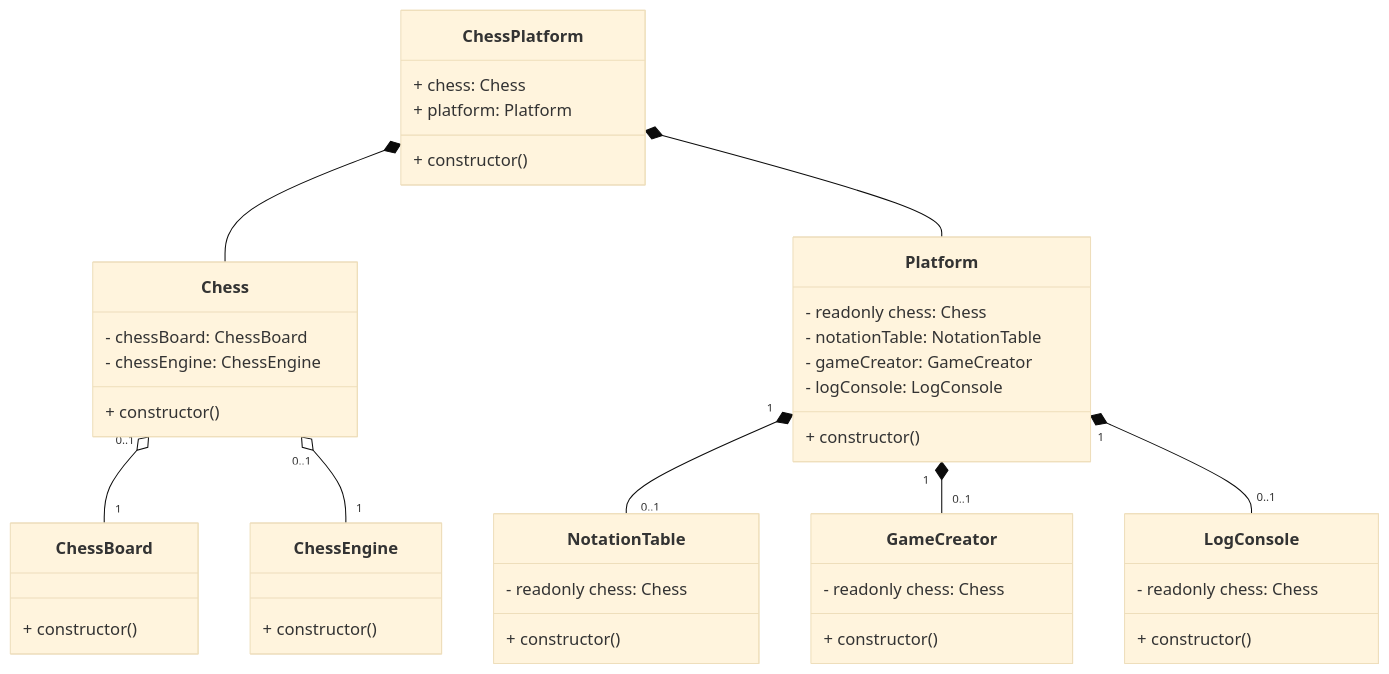
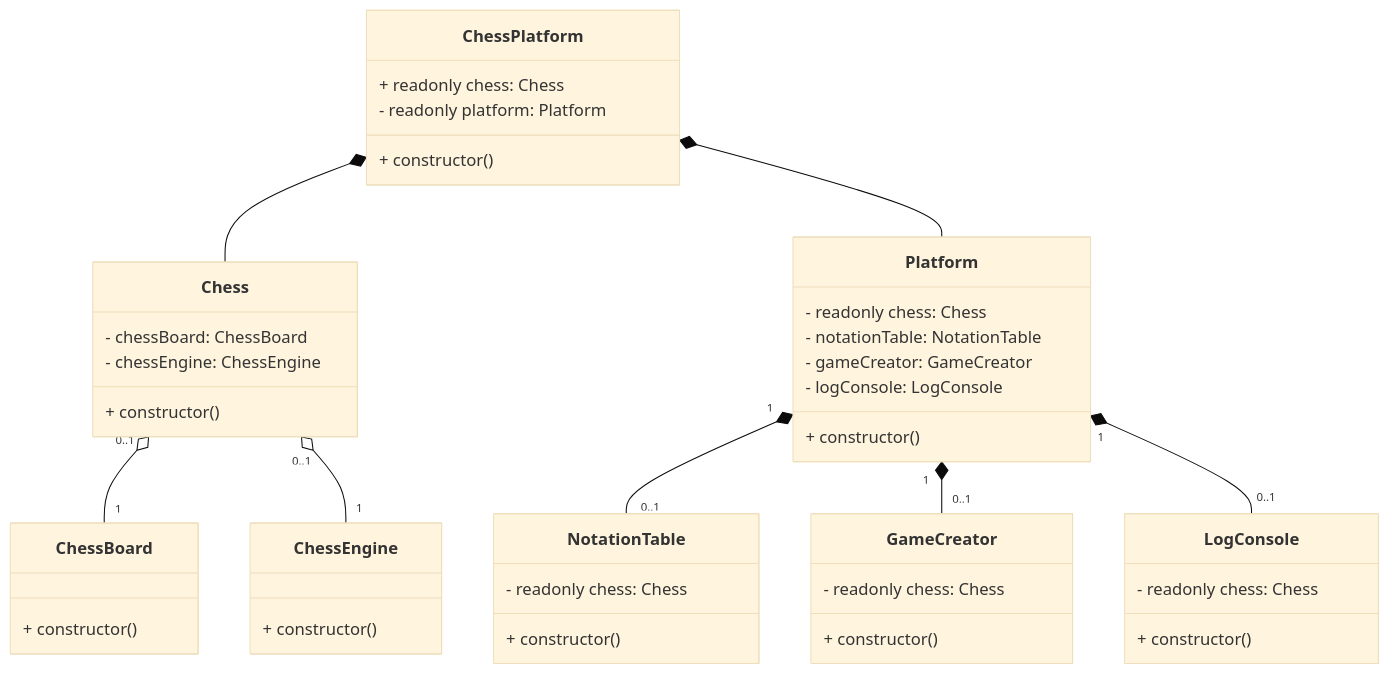
One commit to SuperLogic-stack/chess-arena changed the diagram in README.md. Above: the diagram before and after it, drawn with Mermaid (base theme). The commit also changed other lines of this file and 1 other file, not shown here.

````diff
--- a/README.md
+++ b/README.md
@@ -79,47 +79,47 @@
 ```mermaid
 classDiagram
   class ChessPlatform {
-    + chess: Chess
-    + platform: Platform
+    + readonly chess: Chess
+    - readonly platform: Platform
     + constructor()
   }
   class Chess {
     - chessBoard: ChessBoard
     - chessEngine: ChessEngine
     + constructor()
   }
   class ChessEngine {
     + constructor()
   }
   class ChessBoard {
     + constructor()
   }
   class Platform {
     - readonly chess: Chess
     - notationTable: NotationTable
     - gameCreator: GameCreator
     - logConsole: LogConsole
     + constructor()
   }
   class NotationTable {
     - readonly chess: Chess 
     + constructor()
   }
   class GameCreator {
     - readonly chess: Chess
     + constructor()
   }
   class LogConsole {
     - readonly chess: Chess
     + constructor()
   }
 
   ChessPlatform *-- Chess
   ChessPlatform *-- Platform
   Chess "0..1" o-- "1" ChessBoard
   Chess "0..1" o-- "1" ChessEngine
   Platform "1" *-- "0..1" NotationTable
   Platform "1" *-- "0..1" GameCreator
   Platform "1" *-- "0..1" LogConsole
 
 ```
````
